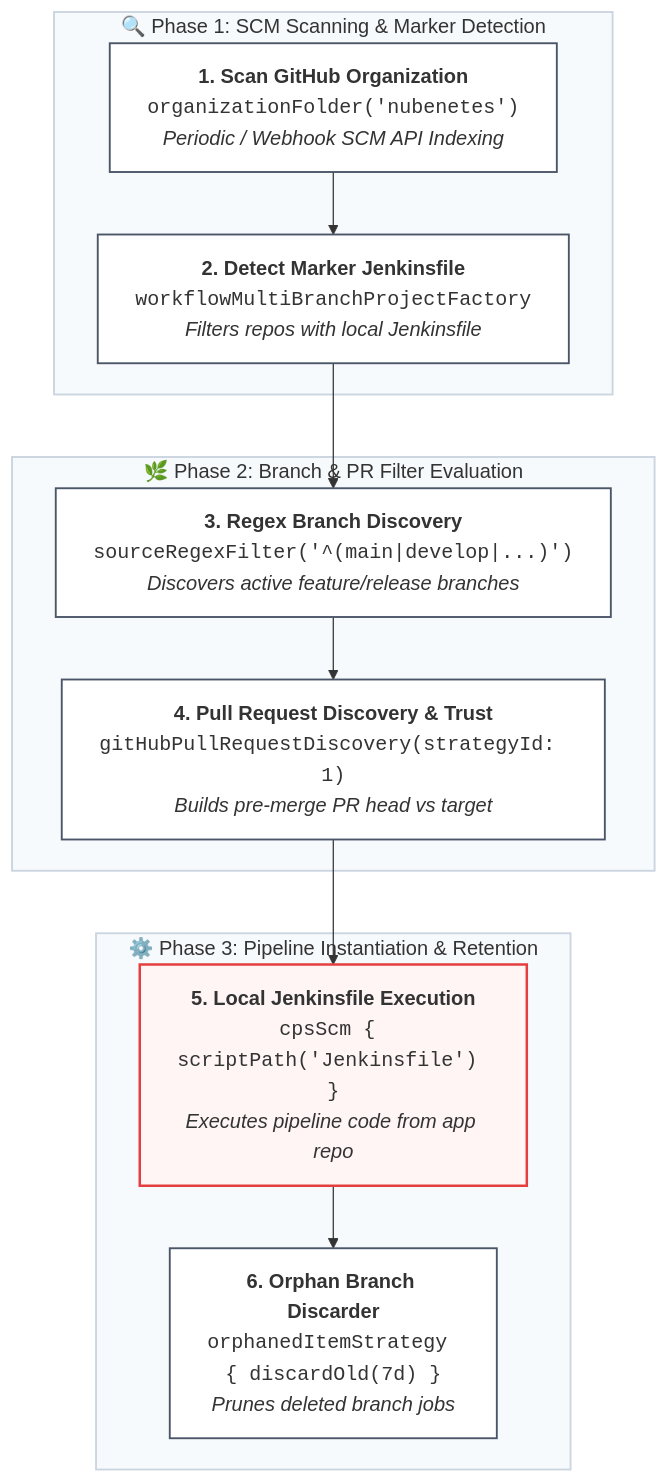
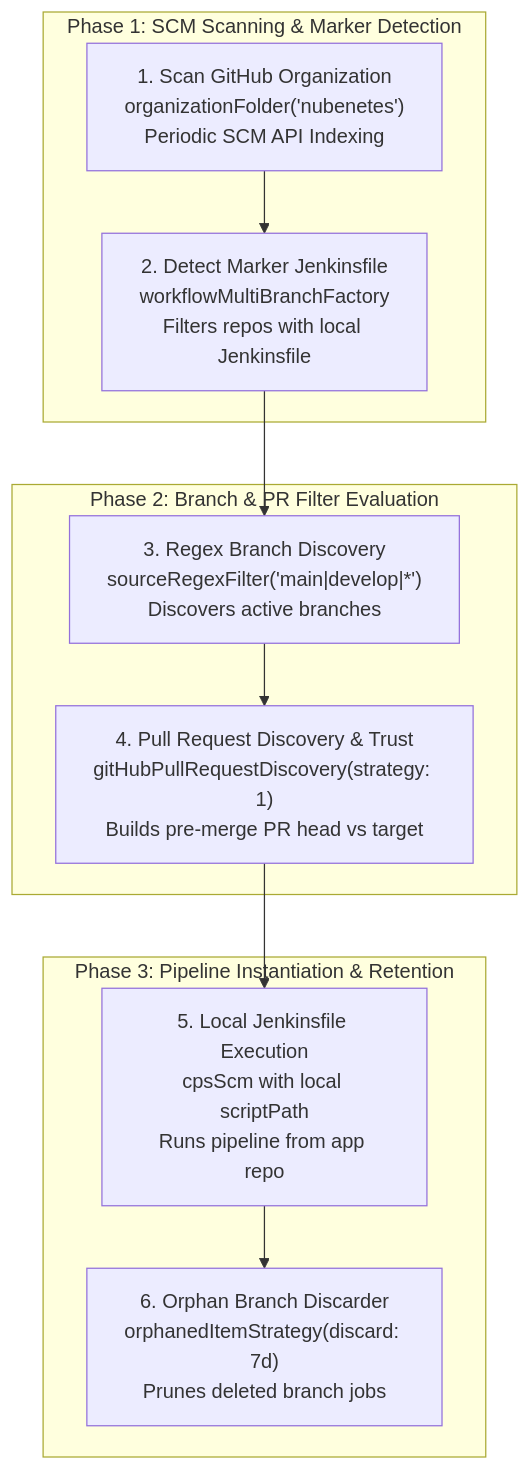
One commit to nubenetes/jenkins-backstage-2026-poc1 changed the fifth of 7 diagrams in README.md. Above: the diagram before and after it, drawn with Mermaid. The commit also changed other lines of this file, not shown here.

Commit message:
fix(docs): clean Mermaid node labels in Pattern A and B flowcharts to prevent text overflow

````diff
--- a/README.md
+++ b/README.md
@@ -233,29 +233,23 @@
 ```mermaid
 flowchart TD
-    subgraph Phase1["🔍 Phase 1: SCM Scanning & Marker Detection"]
-        A["<b>1. Scan GitHub Organization</b><br/><code>organizationFolder('nubenetes')</code><br/><i>Periodic / Webhook SCM API Indexing</i>"]
-        B["<b>2. Detect Marker Jenkinsfile</b><br/><code>workflowMultiBranchProjectFactory</code><br/><i>Filters repos with local Jenkinsfile</i>"]
+    subgraph Phase1["Phase 1: SCM Scanning & Marker Detection"]
+        A["1. Scan GitHub Organization<br/>organizationFolder('nubenetes')<br/>Periodic SCM API Indexing"]
+        B["2. Detect Marker Jenkinsfile<br/>workflowMultiBranchFactory<br/>Filters repos with local Jenkinsfile"]
     end
 
-    subgraph Phase2["🌿 Phase 2: Branch & PR Filter Evaluation"]
-        C["<b>3. Regex Branch Discovery</b><br/><code>sourceRegexFilter('^(main|develop|...)')</code><br/><i>Discovers active feature/release branches</i>"]
-        D["<b>4. Pull Request Discovery & Trust</b><br/><code>gitHubPullRequestDiscovery(strategyId: 1)</code><br/><i>Builds pre-merge PR head vs target</i>"]
+    subgraph Phase2["Phase 2: Branch & PR Filter Evaluation"]
+        C["3. Regex Branch Discovery<br/>sourceRegexFilter('main|develop|*')<br/>Discovers active branches"]
+        D["4. Pull Request Discovery & Trust<br/>gitHubPullRequestDiscovery(strategy: 1)<br/>Builds pre-merge PR head vs target"]
     end
 
-    subgraph Phase3["⚙️ Phase 3: Pipeline Instantiation & Retention"]
-        E["<b>5. Local Jenkinsfile Execution</b><br/><code>cpsScm { scriptPath('Jenkinsfile') }</code><br/><i>Executes pipeline code from app repo</i>"]
-        F["<b>6. Orphan Branch Discarder</b><br/><code>orphanedItemStrategy { discardOld(7d) }</code><br/><i>Prunes deleted branch jobs</i>"]
+    subgraph Phase3["Phase 3: Pipeline Instantiation & Retention"]
+        E["5. Local Jenkinsfile Execution<br/>cpsScm with local scriptPath<br/>Runs pipeline from app repo"]
+        F["6. Orphan Branch Discarder<br/>orphanedItemStrategy(discard: 7d)<br/>Prunes deleted branch jobs"]
     end
 
     A --> B
     B --> C
     C --> D
     D --> E
     E --> F
-
-    classDef default fill:#ffffff,stroke:#4a5568,stroke-width:1.5px;
-    classDef phaseBox fill:#f7fafc,stroke:#cbd5e0,stroke-width:1.5px;
-    classDef localStep fill:#fff5f5,stroke:#e53e3e,stroke-width:2px;
-    class Phase1,Phase2,Phase3 phaseBox;
-    class E localStep;
 ```
````
